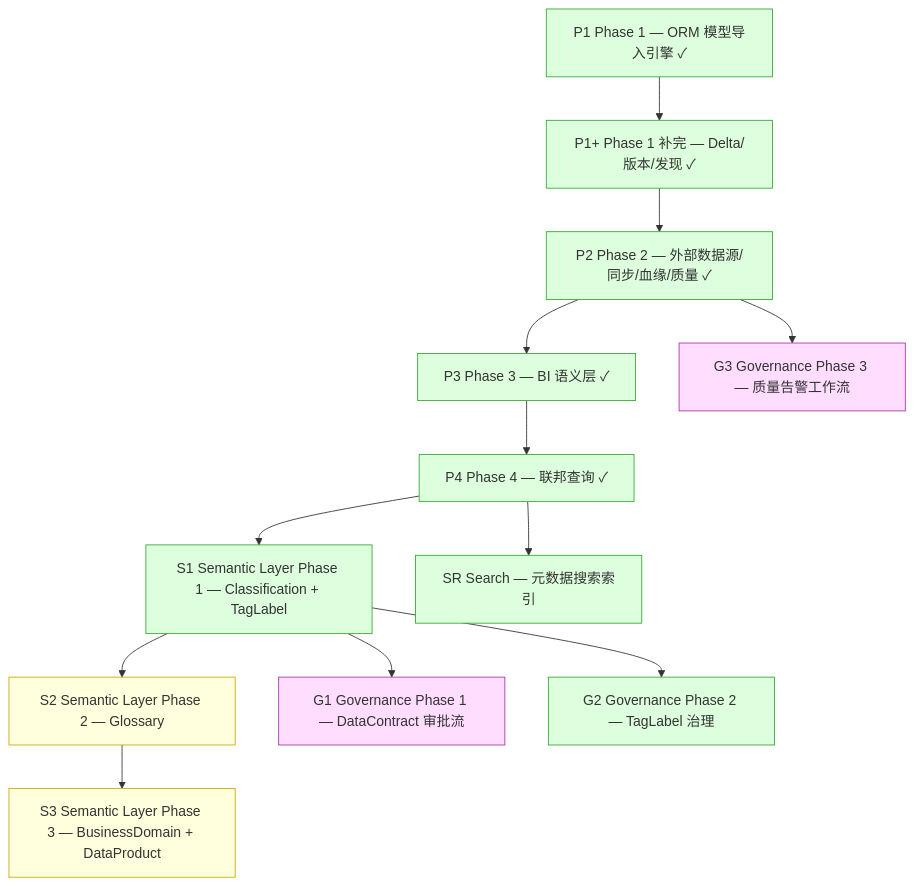
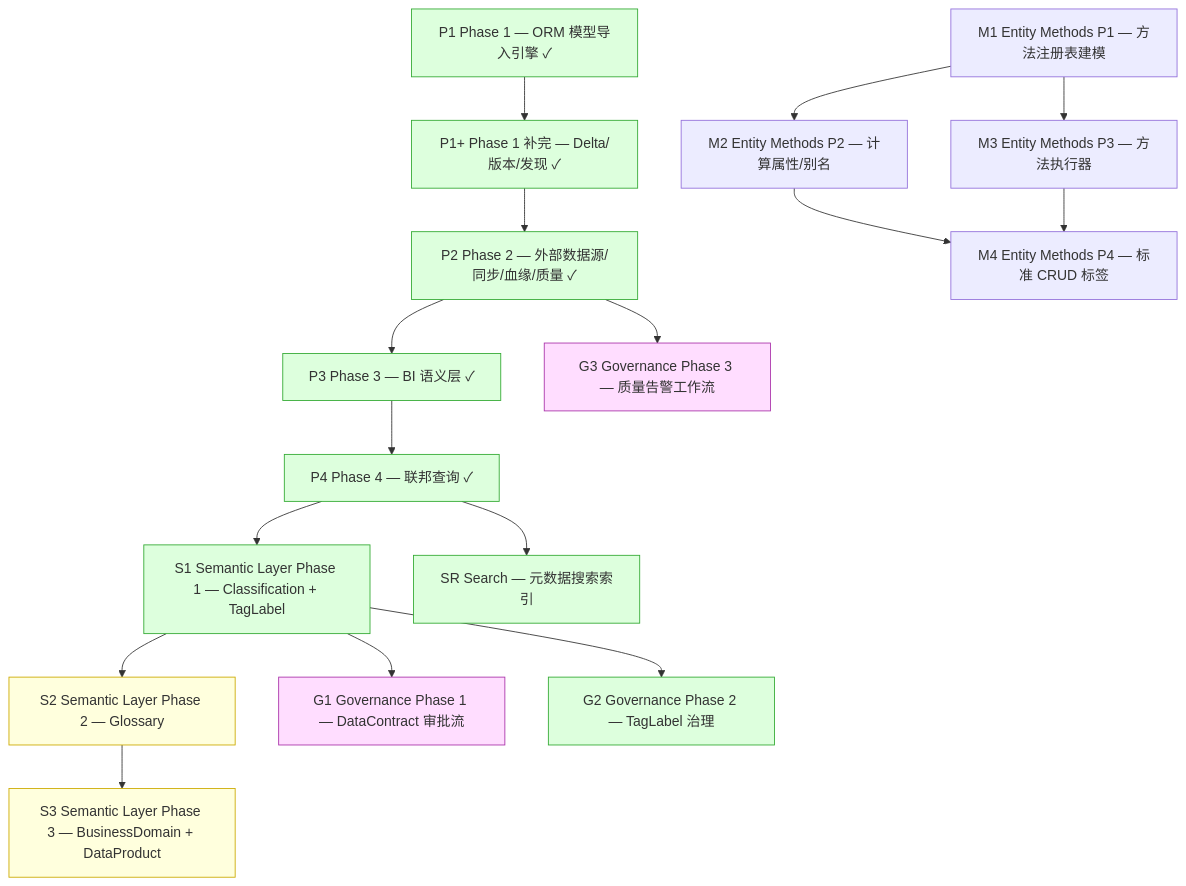
One commit to entropy-cloud/nop-entropy changed the diagram in ai-dev/design/nop-metadata/nop-metadata-roadmap.md. Above: the diagram before and after it, drawn with Mermaid. The commit also changed other lines of this file and 65 other files, not shown here.

````diff
--- a/ai-dev/design/nop-metadata/nop-metadata-roadmap.md
+++ b/ai-dev/design/nop-metadata/nop-metadata-roadmap.md
@@ -267,41 +293,50 @@
 ```mermaid
 graph TD
     P1["P1 Phase 1 — ORM 模型导入引擎 ✓"]
     P1P["P1+ Phase 1 补完 — Delta/版本/发现 ✓"]
     P2["P2 Phase 2 — 外部数据源/同步/血缘/质量 ✓"]
     P3["P3 Phase 3 — BI 语义层 ✓"]
     P4["P4 Phase 4 — 联邦查询 ✓"]
     S1["S1 Semantic Layer Phase 1 — Classification + TagLabel"]
     S2["S2 Semantic Layer Phase 2 — Glossary"]
     S3["S3 Semantic Layer Phase 3 — BusinessDomain + DataProduct"]
     G1["G1 Governance Phase 1 — DataContract 审批流"]
     G2["G2 Governance Phase 2 — TagLabel 治理"]
     G3["G3 Governance Phase 3 — 质量告警工作流"]
     SR["SR Search — 元数据搜索索引"]
+    M1["M1 Entity Methods P1 — 方法注册表建模"]
+    M2["M2 Entity Methods P2 — 计算属性/别名"]
+    M3["M3 Entity Methods P3 — 方法执行器"]
+    M4["M4 Entity Methods P4 — 标准 CRUD 标签"]
 
     P1 --> P1P
     P1P --> P2
     P2 --> P3
     P3 --> P4
 
     P4 --> S1
     P4 --> SR
     S1 --> S2
     S1 --> G1
     S1 --> G2
     S2 --> S3
     P2 --> G3
 
+    M1 --> M2
+    M1 --> M3
+    M2 --> M4
+    M3 --> M4
+
     style P1 fill:#dfd,stroke:#3a3
     style P1P fill:#dfd,stroke:#3a3
     style P2 fill:#dfd,stroke:#3a3
     style P3 fill:#dfd,stroke:#3a3
     style P4 fill:#dfd,stroke:#3a3
     style S1 fill:#dfd,stroke:#3a3
     style S2 fill:#ffd,stroke:#ca0
     style S3 fill:#ffd,stroke:#ca0
     style G1 fill:#fdf,stroke:#a3a
     style G2 fill:#dfd,stroke:#3a3
     style G3 fill:#fdf,stroke:#a3a
     style SR fill:#dfd,stroke:#3a3
 ```
````
